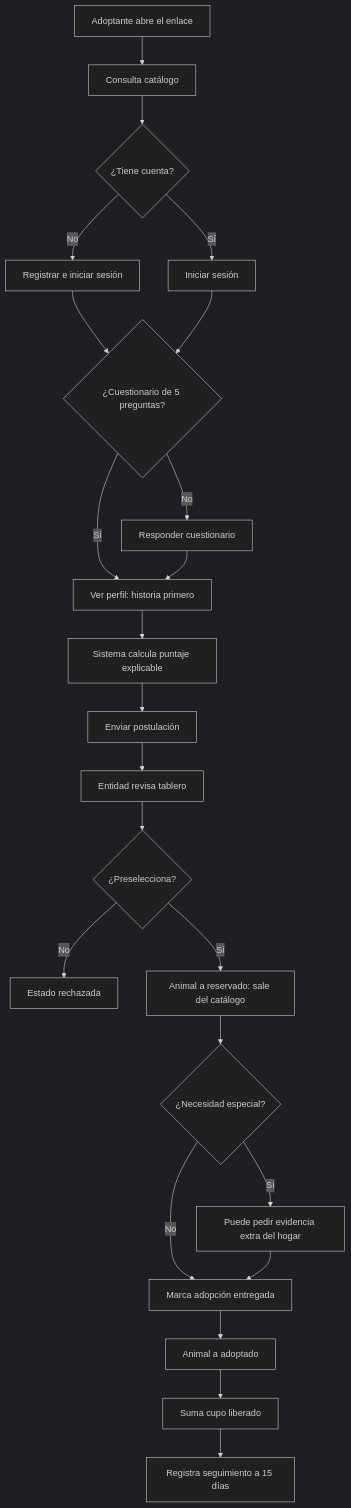
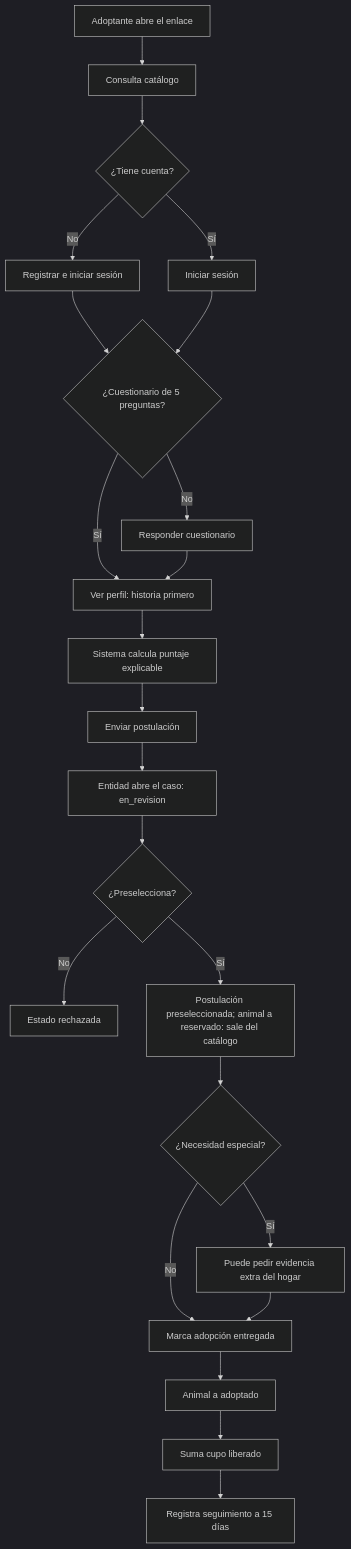
The fifth of 14 diagrams in documentacion/02-planeacion-y-diseno/2.2-uml.md (juliodparada-bit/plataforma-refugios-fauna-domestica-bogota), drawn with Mermaid (dark theme) before and after one commit. The commit also changed other lines of this file and 93 other files, not shown here.

````diff
--- a/documentacion/02-planeacion-y-diseno/2.2-uml.md
+++ b/documentacion/02-planeacion-y-diseno/2.2-uml.md
@@ -174,25 +174,25 @@
 ```mermaid
 flowchart TD
     A[Adoptante abre el enlace] --> B[Consulta catálogo]
     B --> C{¿Tiene cuenta?}
     C -->|No| D[Registrar e iniciar sesión]
     C -->|Sí| E[Iniciar sesión]
     D --> F{¿Cuestionario de 5 preguntas?}
     E --> F
     F -->|No| G[Responder cuestionario]
     F -->|Sí| H[Ver perfil: historia primero]
     G --> H
     H --> I[Sistema calcula puntaje explicable]
     I --> J[Enviar postulación]
-    J --> K[Entidad revisa tablero]
+    J --> K[Entidad abre el caso: en_revision]
     K --> L{¿Preselecciona?}
     L -->|No| M[Estado rechazada]
-    L -->|Sí| T[Animal a reservado: sale del catálogo]
+    L -->|Sí| T[Postulación preseleccionada; animal a reservado: sale del catálogo]
     T --> N{¿Necesidad especial?}
     N -->|Sí| O[Puede pedir evidencia extra del hogar]
     N -->|No| P[Marca adopción entregada]
     O --> P
     P --> Q[Animal a adoptado]
     Q --> R[Suma cupo liberado]
     R --> S[Registra seguimiento a 15 días]
 ```
````
